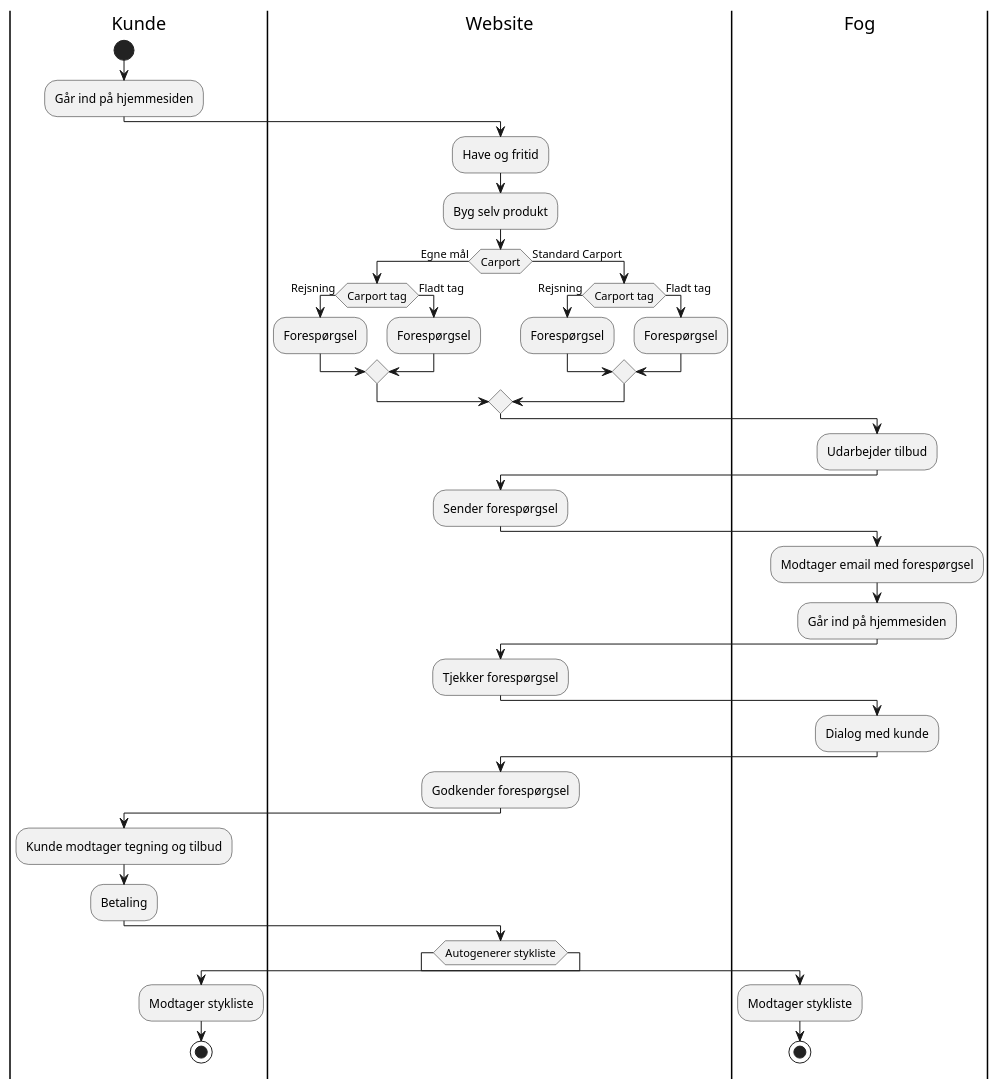
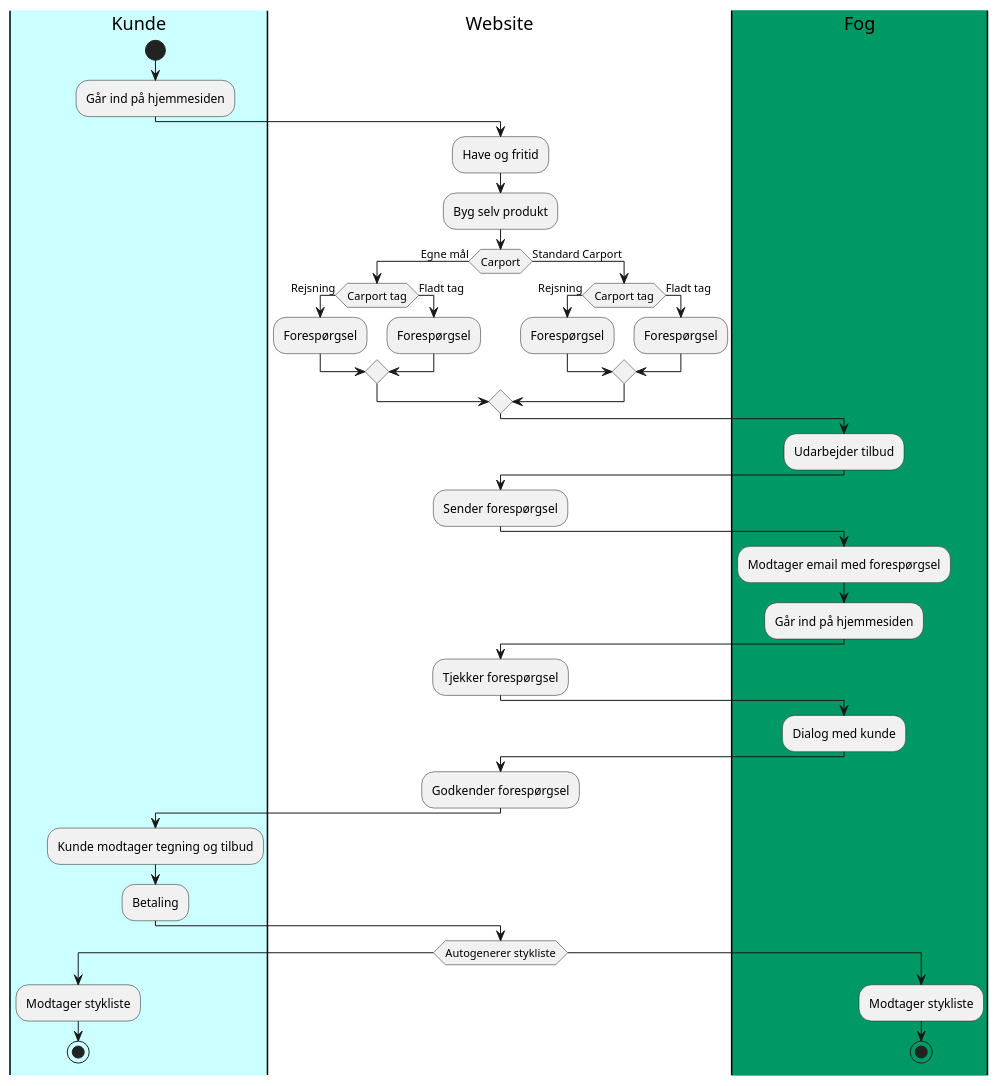
Before and after one commit to coerth/carport: the diagram in src/diagrammer/To-be.puml, drawn with PlantUML. The commit also changed 1 other file, not shown here.

Commit message:
Lavet farver på aktivitetsdiagrammerne

```diff
--- a/src/diagrammer/To-be.puml
+++ b/src/diagrammer/To-be.puml
@@ -1,48 +1,48 @@
 @startuml
-|Kunde|
+|#CCFFFF|Kunde|
 start
 :Går ind på hjemmesiden;
 |Website|
 :Have og fritid;
 :Byg selv produkt;
 if (Carport) then (Egne mål)
   if (Carport tag) then (Rejsning)
     :Forespørgsel;
   else (Fladt tag)
     :Forespørgsel;
   endif
 else (Standard Carport)
  if (Carport tag) then (Rejsning)
    :Forespørgsel;
  else (Fladt tag)
    :Forespørgsel;
  endif
 endif
-|Fog|
+|#009966|Fog|
 :Udarbejder tilbud;
 |Fog|
 |Website|
 :Sender forespørgsel;
 |Kunde|
 |Fog|
 :Modtager email med forespørgsel;
 :Går ind på hjemmesiden;
 |Website|
 :Tjekker forespørgsel;
 |Fog|
 :Dialog med kunde;
 |Website|
 :Godkender forespørgsel;
 |Kunde|
 :Kunde modtager tegning og tilbud;
 :Betaling;
 |Website|
 if (Autogenerer stykliste) then
-|Fog|
+|Kunde|
   :Modtager stykliste;
   stop
 else
-|Kunde|
+|Fog|
   :Modtager stykliste;
 stop
 @enduml
```
